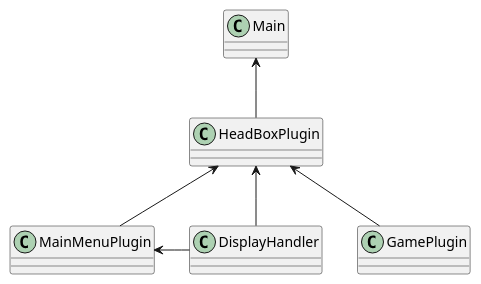
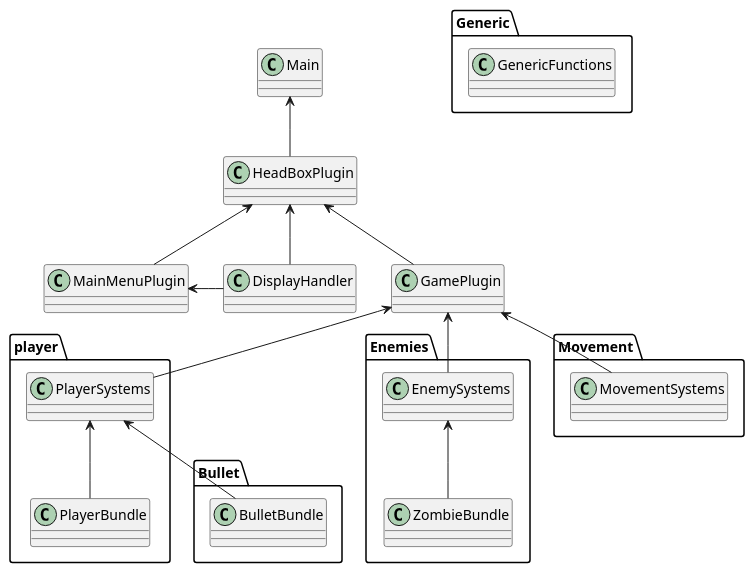
One commit to LuukHenk/head_box changed the diagram in docs/class_layout.puml. Above: the diagram before and after it, drawn with PlantUML. The commit also changed 39 other files, not shown here.

```diff
--- a/docs/class_layout.puml
+++ b/docs/class_layout.puml
@@ -1,17 +1,49 @@
 @startuml
 class Main
 class HeadBoxPlugin
 class DisplayHandler
 class MainMenuPlugin
 class GamePlugin
+
+
+package Generic {
+    class GenericFunctions
+}
+
+package player {
+    class PlayerSystems
+    class PlayerBundle
+}
+
+package Bullet {
+    class BulletBundle
+}
+
+package Enemies {
+    class EnemySystems
+    class ZombieBundle
+}
+package Movement {
+    class MovementSystems
+}
+
 
 Main <-- HeadBoxPlugin
 
 HeadBoxPlugin <-- MainMenuPlugin
 HeadBoxPlugin <-- GamePlugin
 HeadBoxPlugin <-- DisplayHandler
 
 MainMenuPlugin <- DisplayHandler
 
+GamePlugin <-- PlayerSystems
+PlayerSystems <-- PlayerBundle
 
+
+PlayerSystems <-- BulletBundle
+
+GamePlugin <-- EnemySystems
+EnemySystems <-- ZombieBundle
+
+GamePlugin <-- MovementSystems
 @enduml
```
